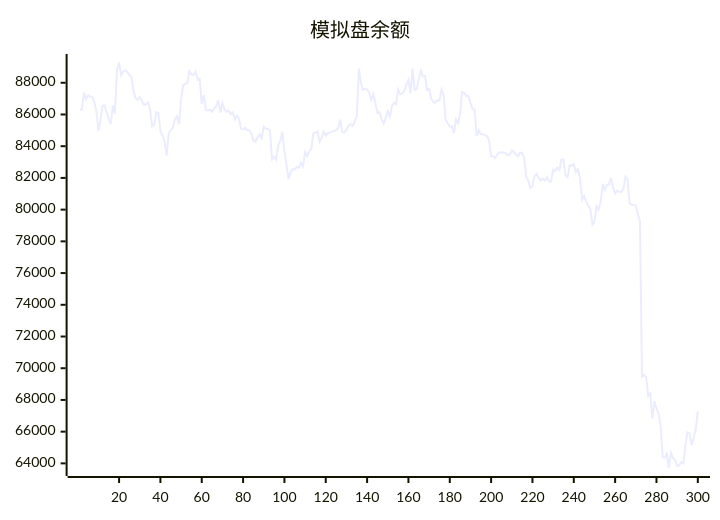
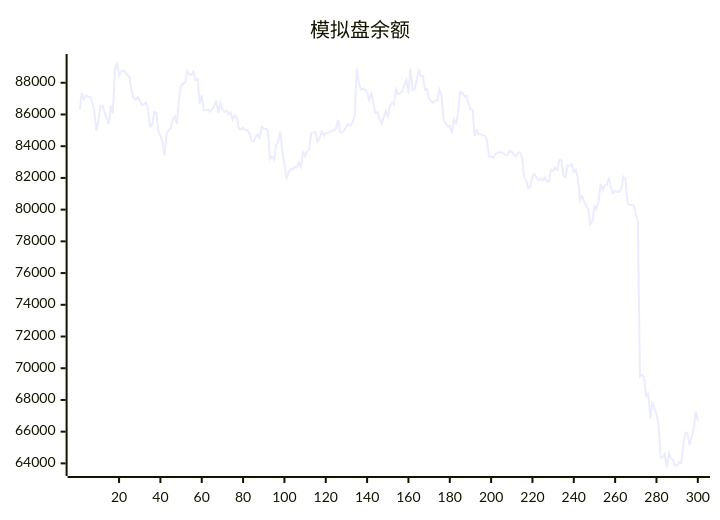
One commit to aahl/ai-trading changed the diagram in README.md. Above: the diagram before and after it, drawn with Mermaid. The commit also changed other lines of this file and 1 other file, not shown here.

````diff
--- a/README.md
+++ b/README.md
@@ -5,5 +5,5 @@
 ```mermaid
 xychart
     title "模拟盘余额"
-    line [86300,86299,87378,86965,87214,87115,87118,86780,86238,84966,85623,86555,86562,86129,85722,85387,86569,86070,88870,89278,88477,88720,88781,88668,88467,88372,87493,87018,86917,87102,86870,86613,86644,86758,86317,85242,85334,86149,86106,84968,84671,84302,83410,84816,85001,85127,85693,85891,85384,87001,87811,87945,88007,88734,88528,88495,88705,88189,88248,86662,87234,86279,86251,86314,86177,86364,86503,86886,86114,86731,86310,86176,86240,86017,86136,85685,85938,85749,85111,85044,85164,85016,85008,84824,84354,84287,84572,84745,84500,85234,85096,85095,84970,83180,83338,83157,84070,84309,84922,83667,82850,81924,82369,82552,82539,82695,82648,82962,82728,83619,83378,83710,83825,84819,84854,84917,84265,84527,84919,84668,84834,84850,84916,84981,85004,85131,85674,84891,84864,85019,85284,85393,85294,85538,85894,88904,88012,87567,87625,87568,87386,86920,87313,86737,86094,86143,85725,85437,85787,86219,85859,86526,86740,86630,87563,87264,87335,87483,87886,88180,87335,88894,87544,87608,88207,88755,88401,88444,87543,87608,87000,86810,86740,86894,86884,87576,87209,85686,85435,85251,85255,84820,85689,85453,86066,87420,87373,87161,87178,86740,86341,86315,84643,85012,84772,84768,84690,84635,84376,83360,83357,83259,83474,83608,83606,83602,83548,83440,83454,83724,83644,83464,83365,83590,83592,83275,82072,81806,81344,81492,82109,82254,82006,81848,81955,81829,82022,81769,81776,82522,82441,82656,82498,83144,83144,82150,82038,82797,82763,82872,82367,82536,81981,80612,80862,80484,80242,80034,79063,79245,80226,80016,80507,81625,81233,81544,81578,82016,81401,81019,81186,81130,81118,81306,82066,81909,80392,80304,80291,80258,79729,79261,69466,69579,69456,68251,68415,66832,67911,67462,67144,66432,64380,64375,64606,63740,64647,64324,64216,63842,63877,64078,64008,65156,65945,65888,65157,65625,66144,67284]
+    line [86299,87378,86965,87214,87115,87118,86780,86238,84966,85623,86555,86562,86129,85722,85387,86569,86070,88870,89278,88477,88720,88781,88668,88467,88372,87493,87018,86917,87102,86870,86613,86644,86758,86317,85242,85334,86149,86106,84968,84671,84302,83410,84816,85001,85127,85693,85891,85384,87001,87811,87945,88007,88734,88528,88495,88705,88189,88248,86662,87234,86279,86251,86314,86177,86364,86503,86886,86114,86731,86310,86176,86240,86017,86136,85685,85938,85749,85111,85044,85164,85016,85008,84824,84354,84287,84572,84745,84500,85234,85096,85095,84970,83180,83338,83157,84070,84309,84922,83667,82850,81924,82369,82552,82539,82695,82648,82962,82728,83619,83378,83710,83825,84819,84854,84917,84265,84527,84919,84668,84834,84850,84916,84981,85004,85131,85674,84891,84864,85019,85284,85393,85294,85538,85894,88904,88012,87567,87625,87568,87386,86920,87313,86737,86094,86143,85725,85437,85787,86219,85859,86526,86740,86630,87563,87264,87335,87483,87886,88180,87335,88894,87544,87608,88207,88755,88401,88444,87543,87608,87000,86810,86740,86894,86884,87576,87209,85686,85435,85251,85255,84820,85689,85453,86066,87420,87373,87161,87178,86740,86341,86315,84643,85012,84772,84768,84690,84635,84376,83360,83357,83259,83474,83608,83606,83602,83548,83440,83454,83724,83644,83464,83365,83590,83592,83275,82072,81806,81344,81492,82109,82254,82006,81848,81955,81829,82022,81769,81776,82522,82441,82656,82498,83144,83144,82150,82038,82797,82763,82872,82367,82536,81981,80612,80862,80484,80242,80034,79063,79245,80226,80016,80507,81625,81233,81544,81578,82016,81401,81019,81186,81130,81118,81306,82066,81909,80392,80304,80291,80258,79729,79261,69466,69579,69456,68251,68415,66832,67911,67462,67144,66432,64380,64375,64606,63740,64647,64324,64216,63842,63877,64078,64008,65156,65945,65888,65157,65625,66144,67284,66653]
 ```
````
